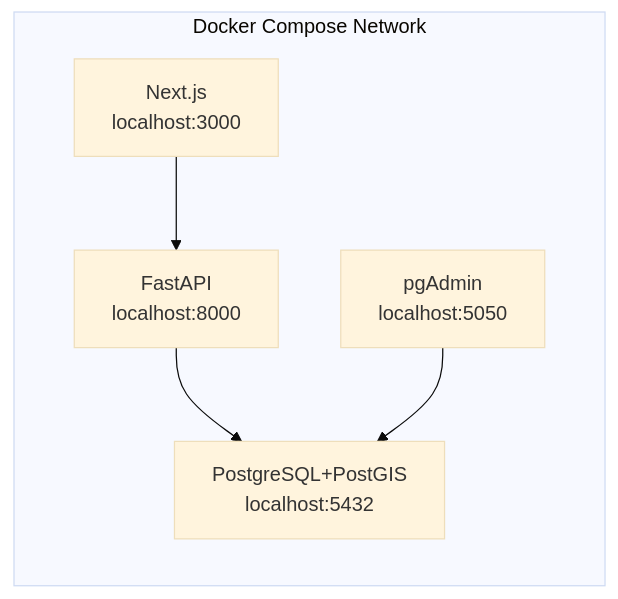
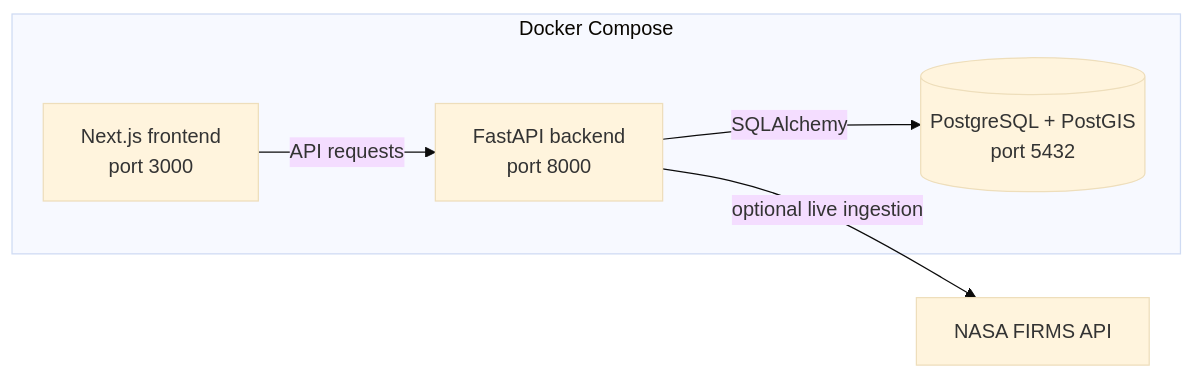
One commit to rid-coder-70/firedna changed the seventh of 7 diagrams in docs/SYSTEM_ARCHITECTURE.md. Above: the diagram before and after it, drawn with Mermaid (base theme). The commit also changed other lines of this file and 4 other files, not shown here.

Commit message:
Enhance documentation: Update README, development roadmap, system architecture, and UI/UX design to reflect project status and clarify functionality

````diff
--- a/docs/SYSTEM_ARCHITECTURE.md
+++ b/docs/SYSTEM_ARCHITECTURE.md
@@ -331,12 +305,11 @@
 ```mermaid
 flowchart LR
-    subgraph Docker["Docker Compose Network"]
-        FE["Next.js\nlocalhost:3000"]
-        BE["FastAPI\nlocalhost:8000"]
-        DB["PostgreSQL+PostGIS\nlocalhost:5432"]
-        ADM["pgAdmin\nlocalhost:5050"]
+    subgraph Docker["Docker Compose"]
+        FE["Next.js frontend<br/>port 3000"]
+        BE["FastAPI backend<br/>port 8000"]
+        DB[("PostgreSQL + PostGIS<br/>port 5432")]
     end
-    FE --> BE
-    BE --> DB
-    ADM --> DB
+    FE -->|API requests| BE
+    BE -->|SQLAlchemy| DB
+    BE -->|optional live ingestion| FIRMS["NASA FIRMS API"]
 ```
````
